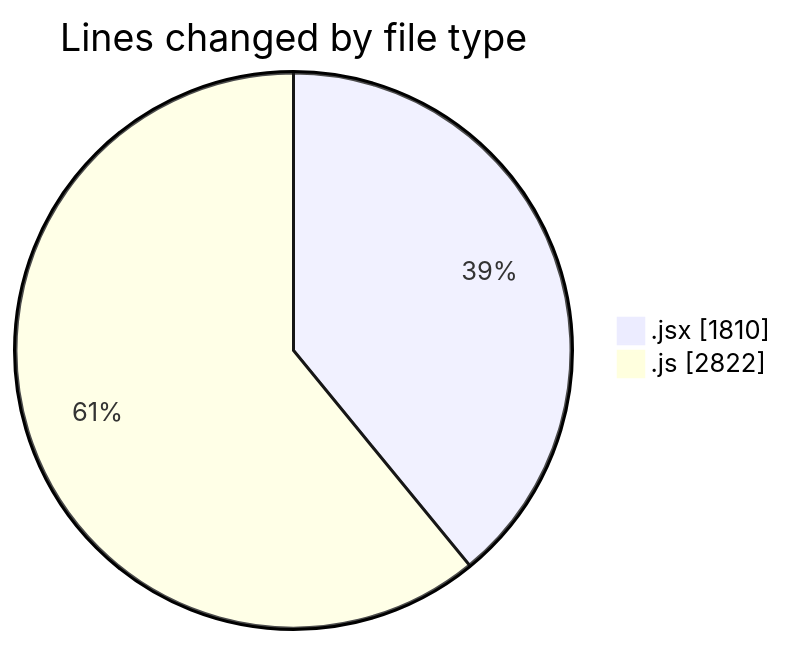
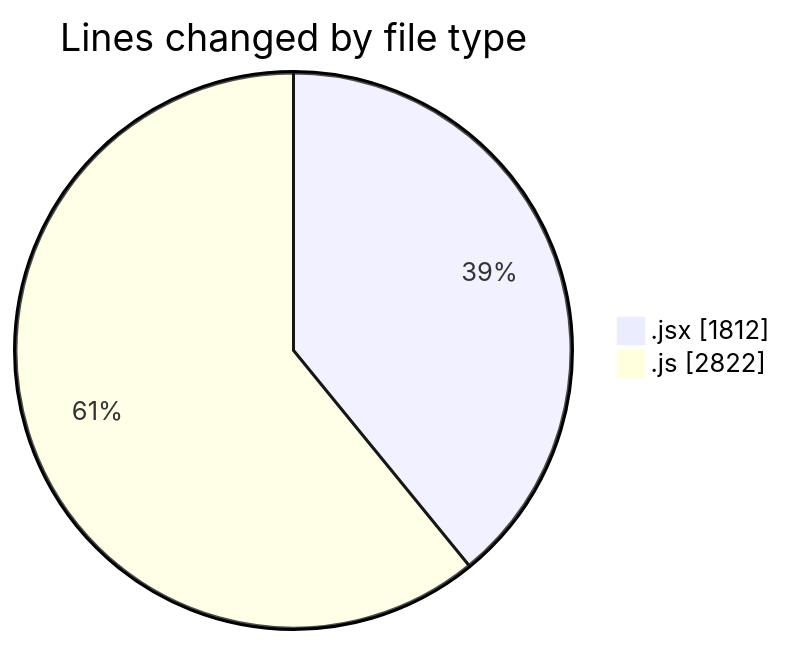
One commit to nxtqubesakshisongat/code-tracking changed the first of 2 diagrams in 2025-11-07/nxtqube_webapp/README.md. Above: the diagram before and after it, drawn with Mermaid. The commit also changed other lines of this file and 1 other file, not shown here.

````diff
--- a/2025-11-07/nxtqube_webapp/README.md
+++ b/2025-11-07/nxtqube_webapp/README.md
@@ -27,6 +27,6 @@
 ```mermaid
 pie showData
 title Lines changed by file type
-".jsx" : 1810
+".jsx" : 1812
 ".js" : 2822
 ```
````
